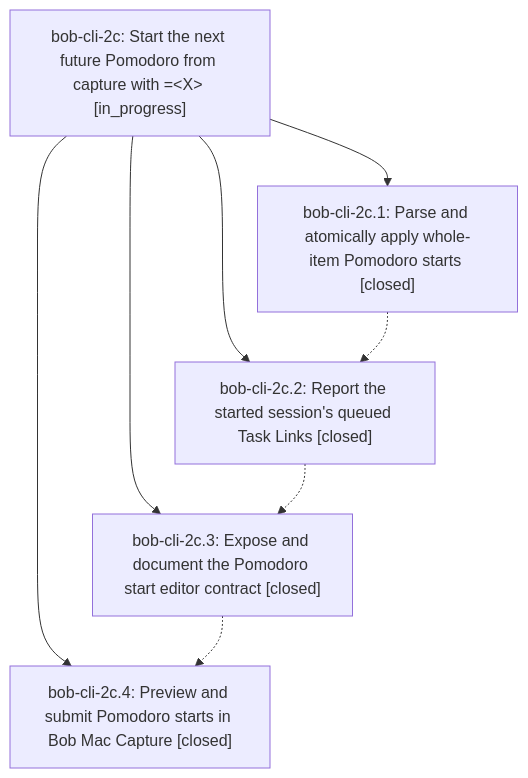
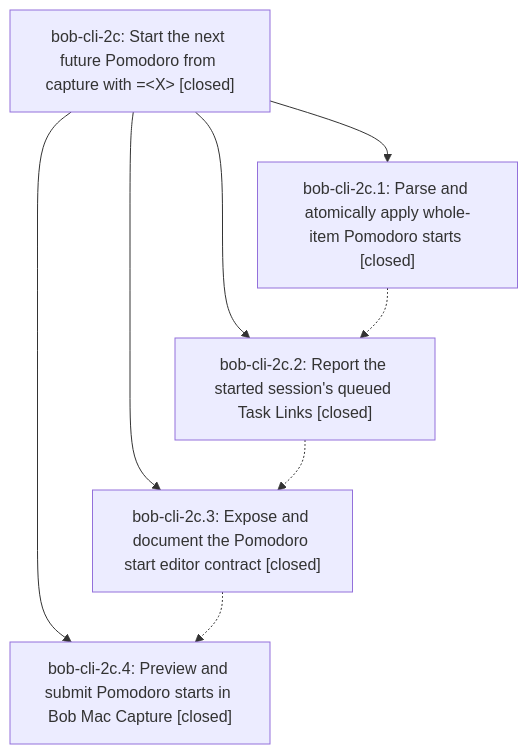
Before and after one commit to bobs-org/bob-cli--beads: the diagram in pages/bob-cli-2c/README.md, drawn with Mermaid. The commit also changed other lines of this file, not shown here.

First line of the commit message:
chore(beads): sync bead state and pages for bob-cli-2c

````diff
--- a/pages/bob-cli-2c/README.md
+++ b/pages/bob-cli-2c/README.md
@@ -35,15 +37,15 @@
 ```mermaid
 flowchart TD
-    n0["bob-cli-2c: Start the next future Pomodoro from capture with =&lt;X&gt; [in_progress]"]
+    n0["bob-cli-2c: Start the next future Pomodoro from capture with =&lt;X&gt; [closed]"]
     n1["bob-cli-2c.1: Parse and atomically apply whole-item Pomodoro starts [closed]"]
     n2["bob-cli-2c.2: Report the started session's queued Task Links [closed]"]
     n3["bob-cli-2c.3: Expose and document the Pomodoro start editor contract [closed]"]
     n4["bob-cli-2c.4: Preview and submit Pomodoro starts in Bob Mac Capture [closed]"]
     n0 --> n1
     n0 --> n2
     n0 --> n3
     n0 --> n4
     n1 -.-> n2
     n2 -.-> n3
     n3 -.-> n4
 ```
````
